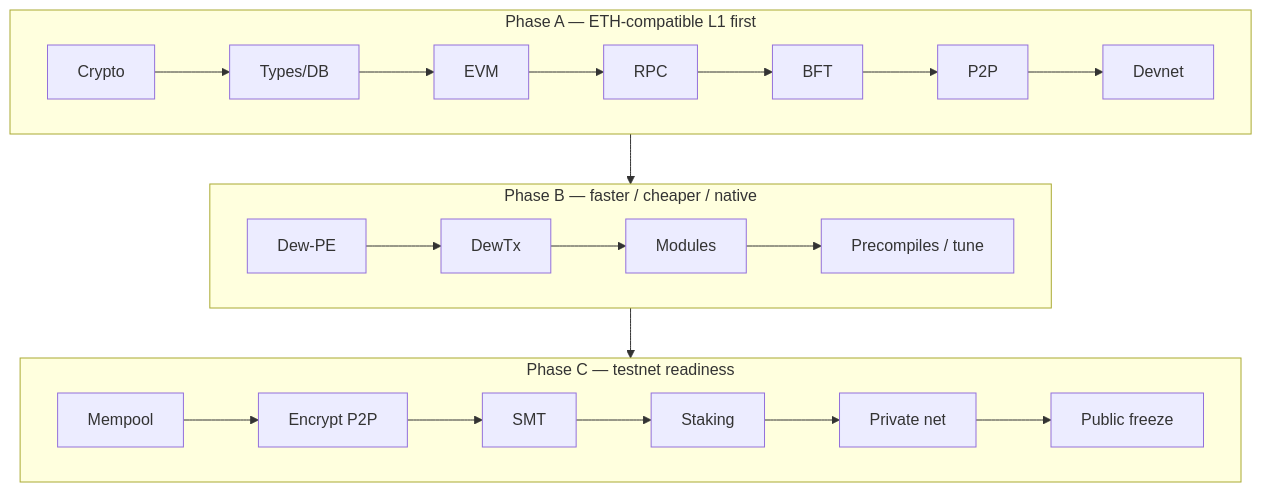
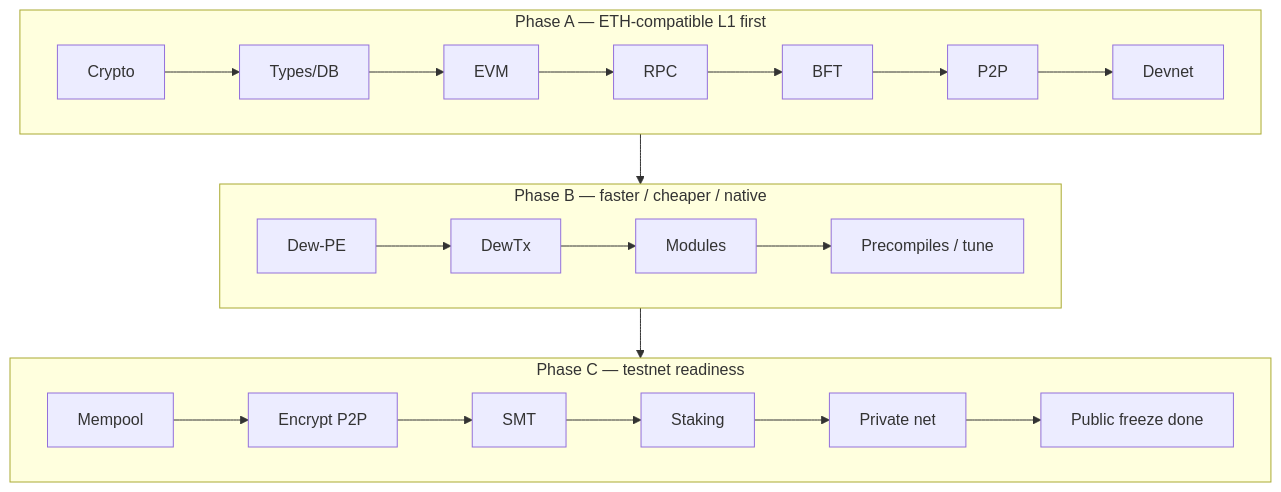
One commit to dewnetwork/dew changed the first of 4 diagrams in docs/development/roadmap.md. Above: the diagram before and after it, drawn with Mermaid. The commit also changed other lines of this file and 20 other files, not shown here.

First line of the commit message:
feat(c6): public-testnet-v1 freeze, RPC abuse limits, and runbook

````diff
--- a/docs/development/roadmap.md
+++ b/docs/development/roadmap.md
@@ -15,16 +15,16 @@
 ```mermaid
 flowchart TB
   subgraph A["Phase A — ETH-compatible L1 first"]
     direction LR
     A1[Crypto] --> A2[Types/DB] --> A3[EVM] --> A4[RPC] --> A5[BFT] --> A6[P2P] --> A7[Devnet]
   end
   subgraph B["Phase B — faster / cheaper / native"]
     direction LR
     B1[Dew-PE] --> B2[DewTx] --> B3[Modules] --> B4[Precompiles / tune]
   end
   subgraph C["Phase C — testnet readiness"]
     direction LR
-    C1[Mempool] --> C2[Encrypt P2P] --> C3[SMT] --> C4[Staking] --> C5[Private net] --> C6[Public freeze]
+    C1[Mempool] --> C2[Encrypt P2P] --> C3[SMT] --> C4[Staking] --> C5[Private net] --> C6[Public freeze done]
   end
   A --> B --> C
 ```
````
